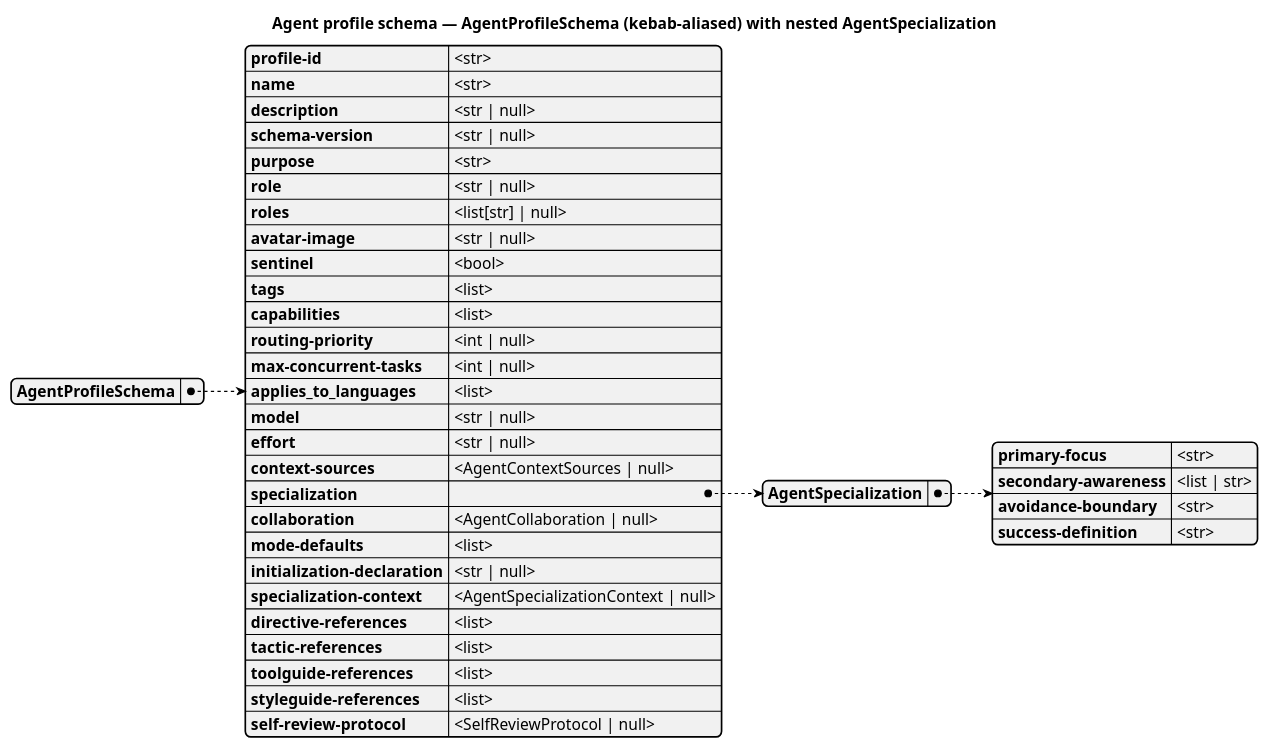
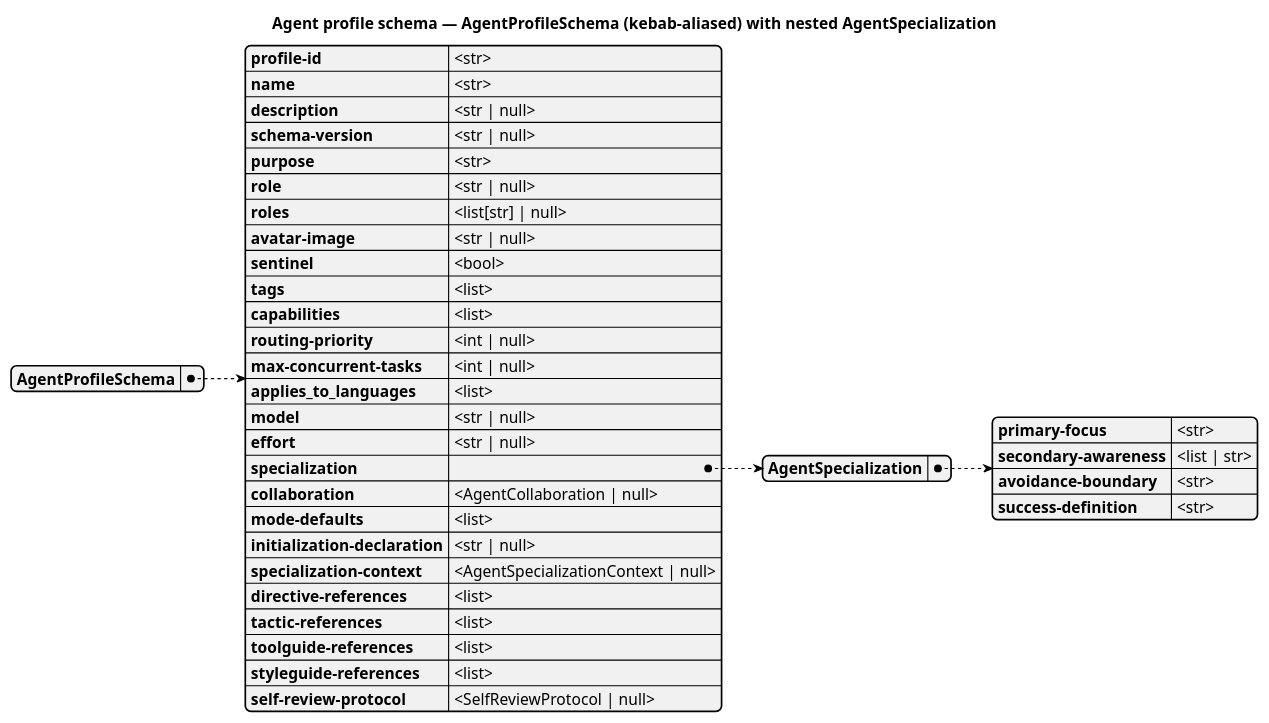
One commit to Priivacy-ai/spec-kitty changed the second of 2 diagrams in docs/architecture/doctrine-kinds.md. Above: the diagram before and after it, drawn with PlantUML. The commit also changed other lines of this file and 3 other files, not shown here.

First line of the commit message:
docs(landing): reconcile stale context-sources references after its removal

````diff
--- a/docs/architecture/doctrine-kinds.md
+++ b/docs/architecture/doctrine-kinds.md
@@ -79,38 +79,37 @@
 ```plantuml
 @startyaml
 title Agent profile schema — AgentProfileSchema (kebab-aliased) with nested AgentSpecialization
 AgentProfileSchema:
   profile-id: "<str>"
   name: "<str>"
   description: "<str | null>"
   schema-version: "<str | null>"
   purpose: "<str>"
   role: "<str | null>"
   roles: "<list[str] | null>"
   avatar-image: "<str | null>"
   sentinel: "<bool>"
   tags: "<list>"
   capabilities: "<list>"
   routing-priority: "<int | null>"
   max-concurrent-tasks: "<int | null>"
   applies_to_languages: "<list>"
   model: "<str | null>"
   effort: "<str | null>"
-  context-sources: "<AgentContextSources | null>"
   specialization:
     AgentSpecialization:
       primary-focus: "<str>"
       secondary-awareness: "<list | str>"
       avoidance-boundary: "<str>"
       success-definition: "<str>"
   collaboration: "<AgentCollaboration | null>"
   mode-defaults: "<list>"
   initialization-declaration: "<str | null>"
   specialization-context: "<AgentSpecializationContext | null>"
   directive-references: "<list>"
   tactic-references: "<list>"
   toolguide-references: "<list>"
   styleguide-references: "<list>"
   self-review-protocol: "<SelfReviewProtocol | null>"
 @endyaml
 ```
````
